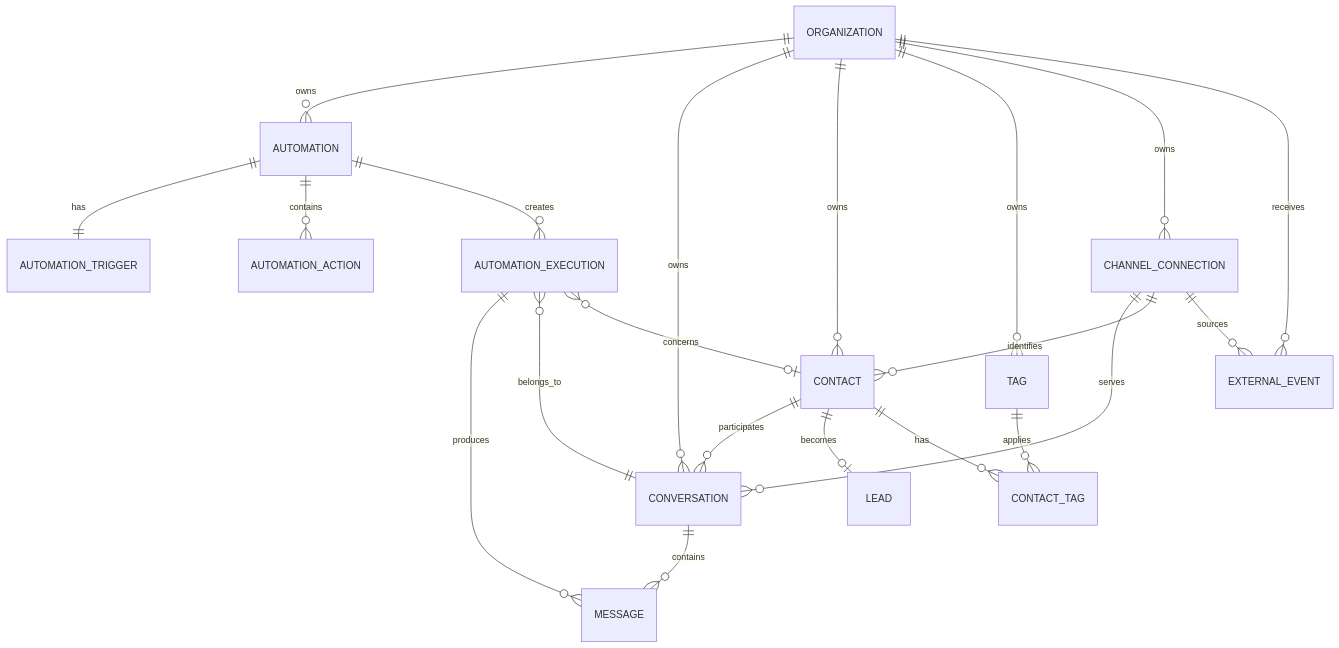
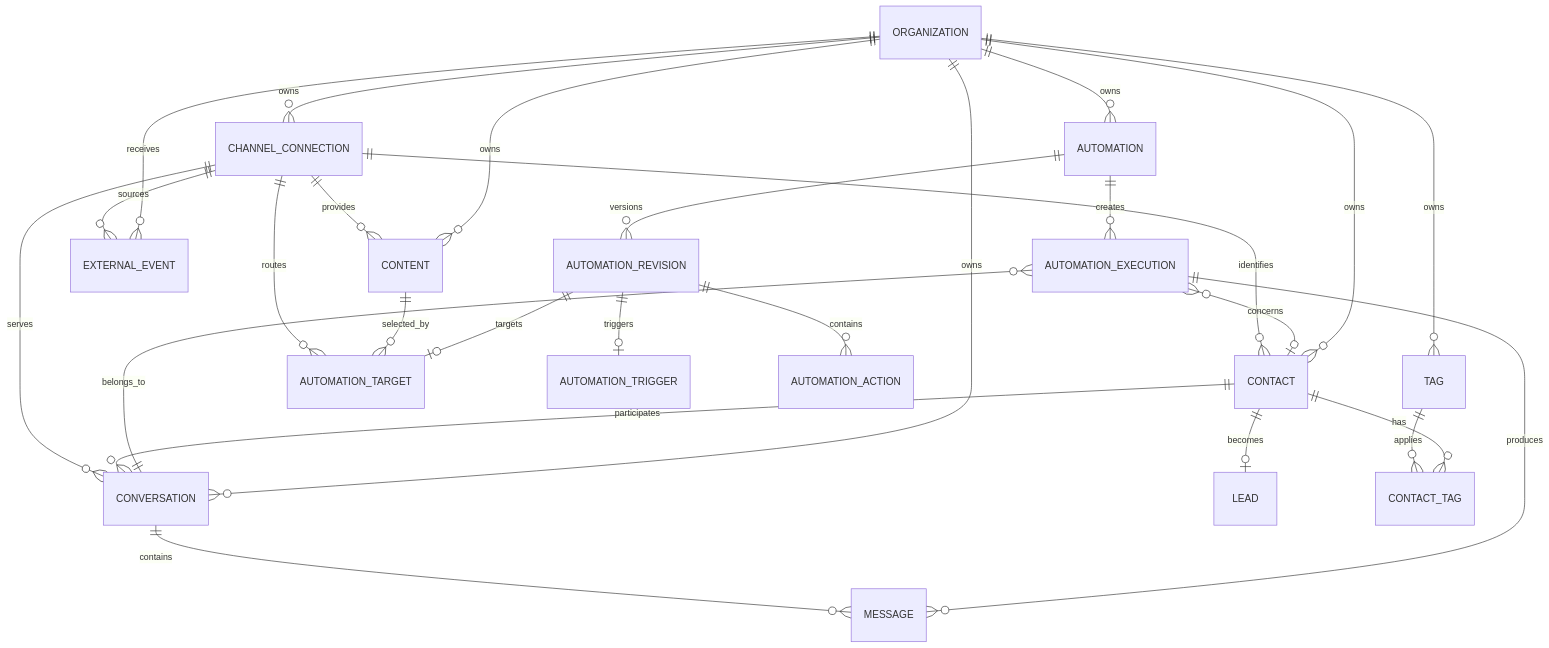
The diagram in docs/DATA-MODEL.md (luis-henrique-carvalho/engancha), drawn with Mermaid before and after one commit. The commit also changed other lines of this file and 19 other files, not shown here.

````diff
--- a/docs/DATA-MODEL.md
+++ b/docs/DATA-MODEL.md
@@ -71,26 +74,32 @@
 ```mermaid
 erDiagram
   ORGANIZATION ||--o{ AUTOMATION : owns
+  ORGANIZATION ||--o{ CONTENT : owns
   ORGANIZATION ||--o{ CONVERSATION : owns
   ORGANIZATION ||--o{ CONTACT : owns
   ORGANIZATION ||--o{ TAG : owns
   ORGANIZATION ||--o{ CHANNEL_CONNECTION : owns
   ORGANIZATION ||--o{ EXTERNAL_EVENT : receives
 
-  AUTOMATION ||--|| AUTOMATION_TRIGGER : has
-  AUTOMATION ||--o{ AUTOMATION_ACTION : contains
+  AUTOMATION ||--o{ AUTOMATION_REVISION : versions
+  AUTOMATION_REVISION ||--o| AUTOMATION_TARGET : targets
+  AUTOMATION_REVISION ||--o| AUTOMATION_TRIGGER : triggers
+  AUTOMATION_REVISION ||--o{ AUTOMATION_ACTION : contains
   AUTOMATION ||--o{ AUTOMATION_EXECUTION : creates
+  CONTENT ||--o{ AUTOMATION_TARGET : selected_by
 
   AUTOMATION_EXECUTION ||--o{ MESSAGE : produces
   AUTOMATION_EXECUTION }o--|| CONVERSATION : belongs_to
   AUTOMATION_EXECUTION }o--o| CONTACT : concerns
 
   CONVERSATION ||--o{ MESSAGE : contains
   CONTACT ||--o{ CONVERSATION : participates
   CONTACT ||--o| LEAD : becomes
   CONTACT ||--o{ CONTACT_TAG : has
   TAG ||--o{ CONTACT_TAG : applies
   CHANNEL_CONNECTION ||--o{ CONVERSATION : serves
   CHANNEL_CONNECTION ||--o{ CONTACT : identifies
   CHANNEL_CONNECTION ||--o{ EXTERNAL_EVENT : sources
+  CHANNEL_CONNECTION ||--o{ CONTENT : provides
+  CHANNEL_CONNECTION ||--o{ AUTOMATION_TARGET : routes
 ```
````
